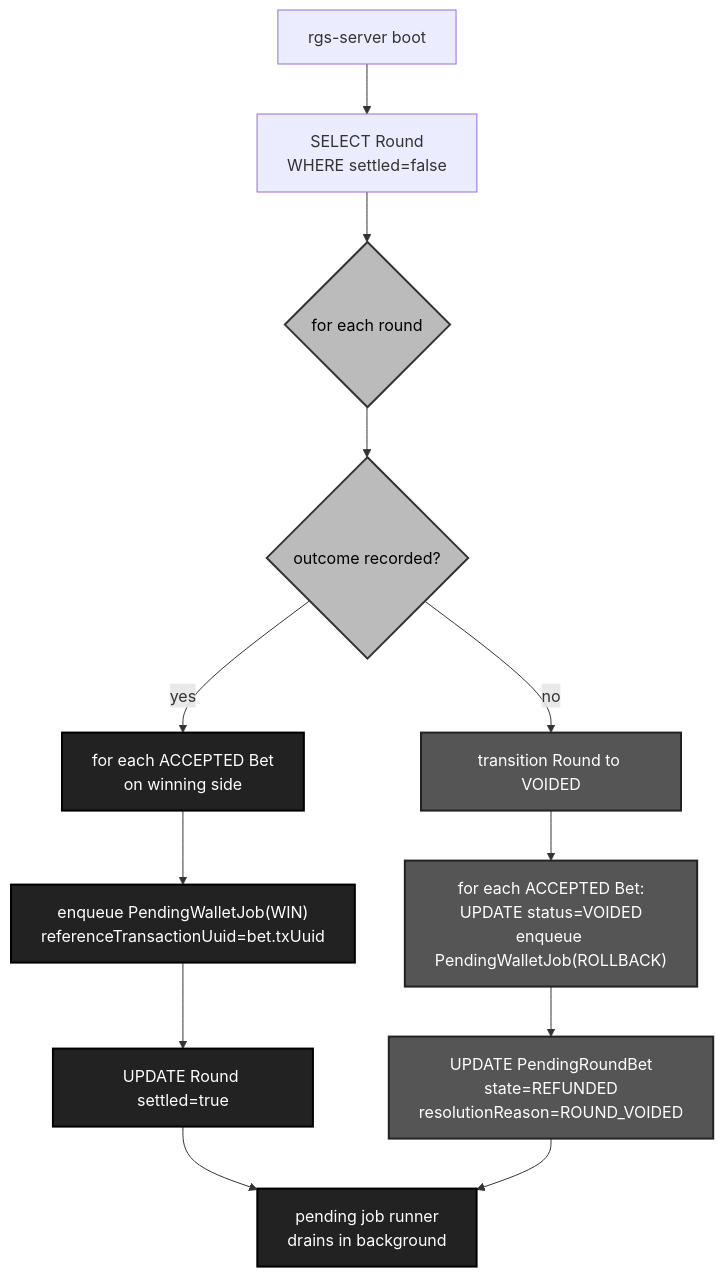
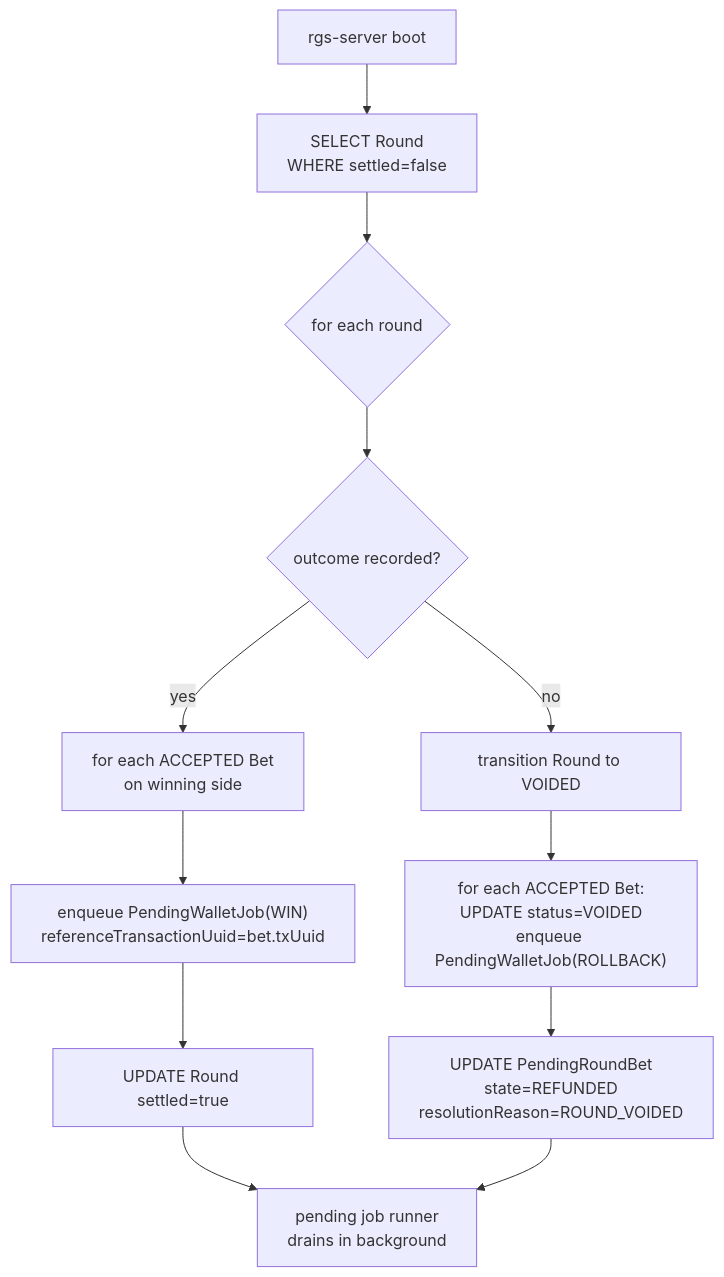
The sixth of 9 diagrams in docs/architecture.md (dinethlive/yantra-gaming), drawn with Mermaid before and after one commit. The commit also changed other lines of this file and 2 other files, not shown here.

First line of the commit message:
docs: drop mermaid classDef overrides, use GitHub native theming

````diff
--- a/docs/architecture.md
+++ b/docs/architecture.md
@@ -224,21 +199,14 @@
 ```mermaid
 flowchart TD
     start["rgs-server boot"] --> scan["SELECT Round<br/>WHERE settled=false"]
     scan --> iter{"for each round"}
     iter --> outcome{"outcome recorded?"}
     outcome -- "yes" --> winners["for each ACCEPTED Bet<br/>on winning side"]
     winners --> enqueuewin["enqueue PendingWalletJob(WIN)<br/>referenceTransactionUuid=bet.txUuid"]
     enqueuewin --> markR["UPDATE Round settled=true"]
     outcome -- "no" --> void["transition Round to VOIDED"]
     void --> rollbet["for each ACCEPTED Bet:<br/>UPDATE status=VOIDED<br/>enqueue PendingWalletJob(ROLLBACK)"]
     rollbet --> markV["UPDATE PendingRoundBet<br/>state=REFUNDED<br/>resolutionReason=ROUND_VOIDED"]
     markR --> done["pending job runner<br/>drains in background"]
     markV --> done
-
-    classDef primary fill:#222,stroke:#000,color:#fff,stroke-width:2px;
-    classDef secondary fill:#555,stroke:#222,color:#fff,stroke-width:2px;
-    classDef store fill:#bbb,stroke:#333,color:#000,stroke-width:2px;
-    class iter,outcome store;
-    class winners,enqueuewin,markR,done primary;
-    class void,rollbet,markV secondary;
 ```
````
